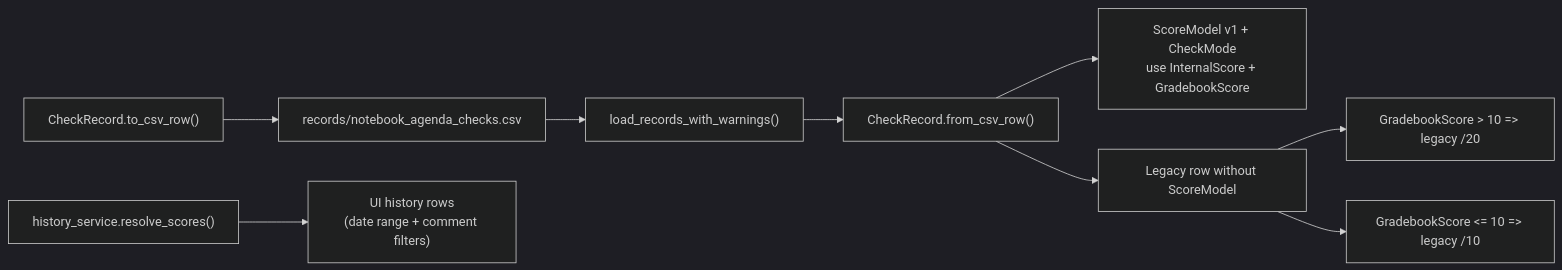
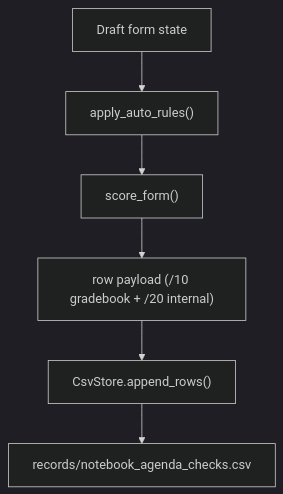
One commit to Jay23Cee/NotebookAgendaCheck changed the third of 3 diagrams in docs/flowchart.md. Above: the diagram before and after it, drawn with Mermaid (dark theme). The commit also changed other lines of this file and 50 other files, not shown here.

````diff
--- a/docs/flowchart.md
+++ b/docs/flowchart.md
@@ -90,13 +58,8 @@
 ```mermaid
-flowchart LR
-    A["CheckRecord.to_csv_row()"] --> B["records/notebook_agenda_checks.csv"]
-    B --> C["load_records_with_warnings()"]
-    C --> D["CheckRecord.from_csv_row()"]
-
-    D --> E["ScoreModel v1 + CheckMode\nuse InternalScore + GradebookScore"]
-    D --> F["Legacy row without ScoreModel"]
-    F --> G["GradebookScore > 10 => legacy /20"]
-    F --> H["GradebookScore <= 10 => legacy /10"]
-
-    I["history_service.resolve_scores()"] --> J["UI history rows\n(date range + comment filters)"]
+flowchart TD
+    A["Draft form state"] --> B["apply_auto_rules()"]
+    B --> C["score_form()"]
+    C --> D["row payload (/10 gradebook + /20 internal)"]
+    D --> E["CsvStore.append_rows()"]
+    E --> F["records/notebook_agenda_checks.csv"]
 ```
````
